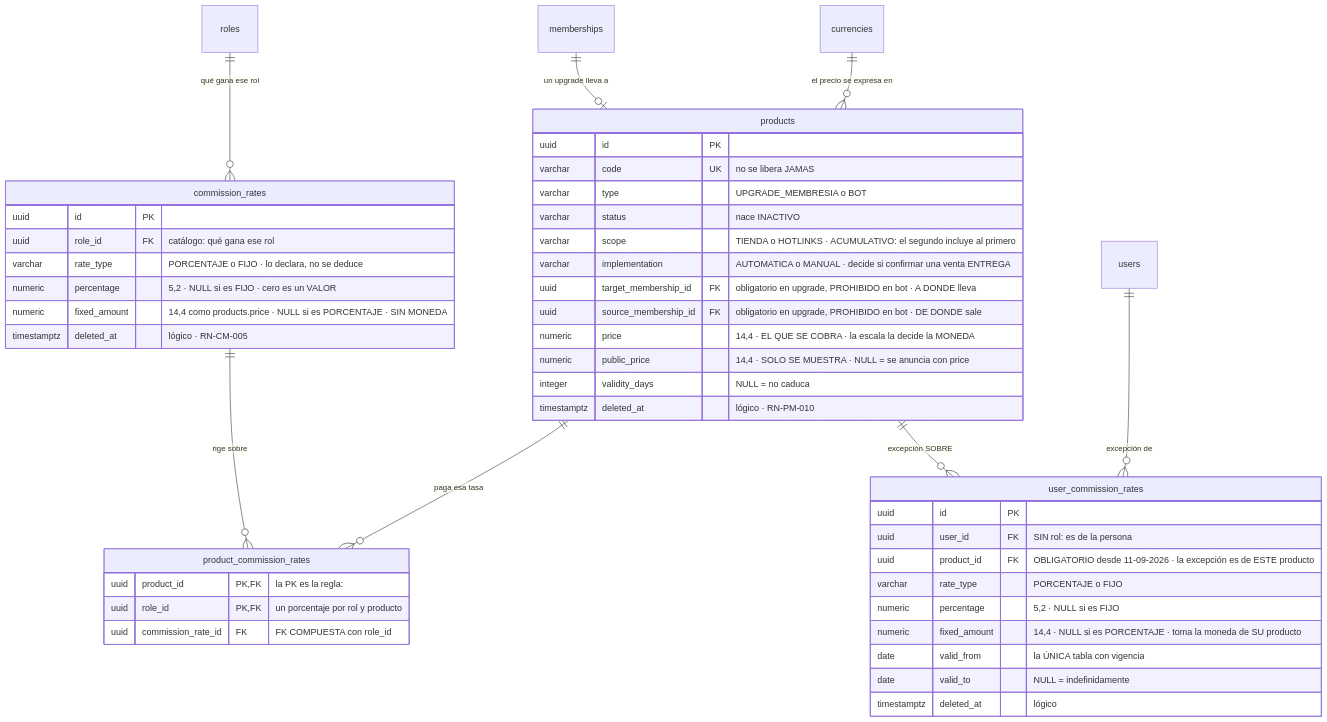
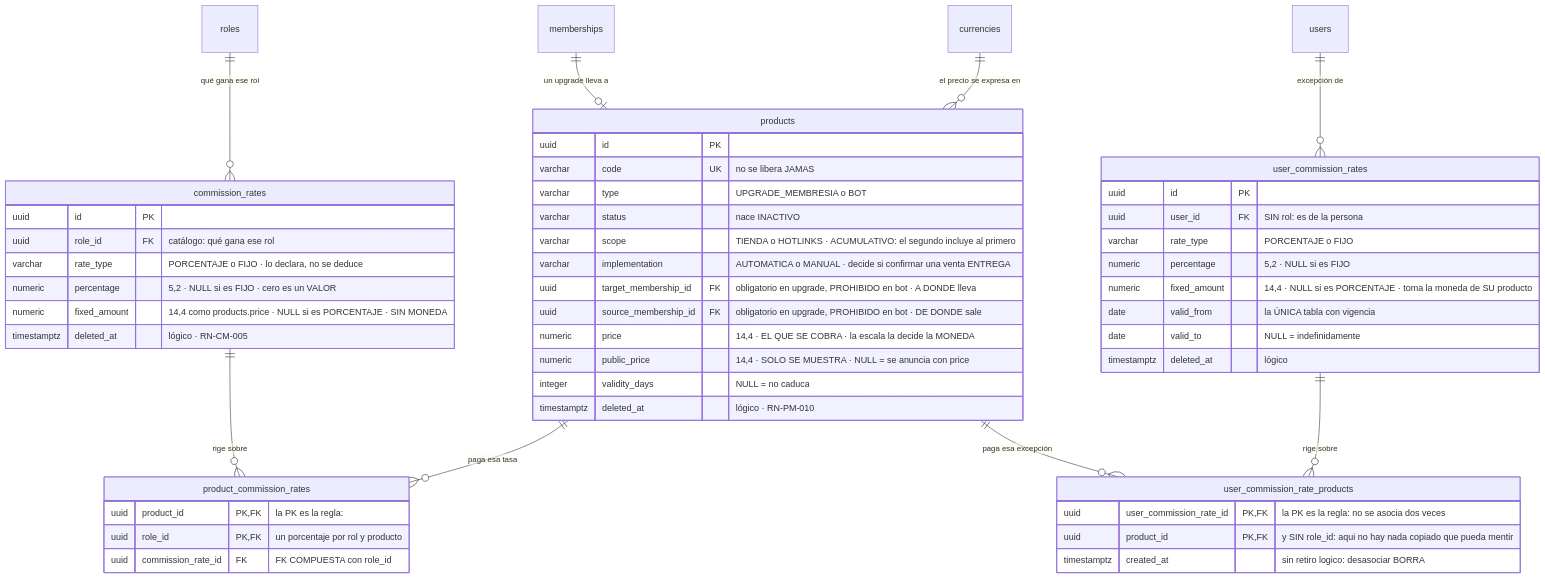
Before and after one commit to NexusPro-Dev/backend: the fourth of 5 diagrams in docs/modelo-datos.md, drawn with Mermaid. The commit also changed other lines of this file and 35 other files, not shown here.

````diff
--- a/docs/modelo-datos.md
+++ b/docs/modelo-datos.md
@@ -430,53 +430,59 @@
 ```mermaid
 erDiagram
     memberships ||--o| products : "un upgrade lleva a"
     currencies  ||--o{ products : "el precio se expresa en"
 
     roles    ||--o{ commission_rates : "qué gana ese rol"
     commission_rates ||--o{ product_commission_rates : "rige sobre"
     products ||--o{ product_commission_rates : "paga esa tasa"
     users    ||--o{ user_commission_rates : "excepción de"
-    products ||--o{ user_commission_rates : "excepción SOBRE"
+    user_commission_rates ||--o{ user_commission_rate_products : "rige sobre"
+    products ||--o{ user_commission_rate_products : "paga esa excepción"
 
     products {
         uuid id PK
         varchar code UK "no se libera JAMAS"
         varchar type "UPGRADE_MEMBRESIA o BOT"
         varchar status "nace INACTIVO"
         varchar scope "TIENDA o HOTLINKS · ACUMULATIVO: el segundo incluye al primero"
         varchar implementation "AUTOMATICA o MANUAL · decide si confirmar una venta ENTREGA"
         uuid target_membership_id FK "obligatorio en upgrade, PROHIBIDO en bot · A DONDE lleva"
         uuid source_membership_id FK "obligatorio en upgrade, PROHIBIDO en bot · DE DONDE sale"
         numeric price "14,4 · EL QUE SE COBRA · la escala la decide la MONEDA"
         numeric public_price "14,4 · SOLO SE MUESTRA · NULL = se anuncia con price"
         integer validity_days "NULL = no caduca"
         timestamptz deleted_at "lógico · RN-PM-010"
     }
 
     commission_rates {
         uuid id PK
         uuid role_id FK "catálogo: qué gana ese rol"
         varchar rate_type "PORCENTAJE o FIJO · lo declara, no se deduce"
         numeric percentage "5,2 · NULL si es FIJO · cero es un VALOR"
         numeric fixed_amount "14,4 como products.price · NULL si es PORCENTAJE · SIN MONEDA"
         timestamptz deleted_at "lógico · RN-CM-005"
     }
 
     product_commission_rates {
         uuid product_id PK,FK "la PK es la regla:"
         uuid role_id PK,FK "un porcentaje por rol y producto"
         uuid commission_rate_id FK "FK COMPUESTA con role_id"
     }
 
     user_commission_rates {
         uuid id PK
         uuid user_id FK "SIN rol: es de la persona"
-        uuid product_id FK "OBLIGATORIO desde 11-09-2026 · la excepción es de ESTE producto"
         varchar rate_type "PORCENTAJE o FIJO"
         numeric percentage "5,2 · NULL si es FIJO"
         numeric fixed_amount "14,4 · NULL si es PORCENTAJE · toma la moneda de SU producto"
         date valid_from "la ÚNICA tabla con vigencia"
         date valid_to "NULL = indefinidamente"
         timestamptz deleted_at "lógico"
     }
+
+    user_commission_rate_products {
+        uuid user_commission_rate_id PK,FK "la PK es la regla: no se asocia dos veces"
+        uuid product_id PK,FK "y SIN role_id: aqui no hay nada copiado que pueda mentir"
+        timestamptz created_at "sin retiro logico: desasociar BORRA"
+    }
 ```
````
